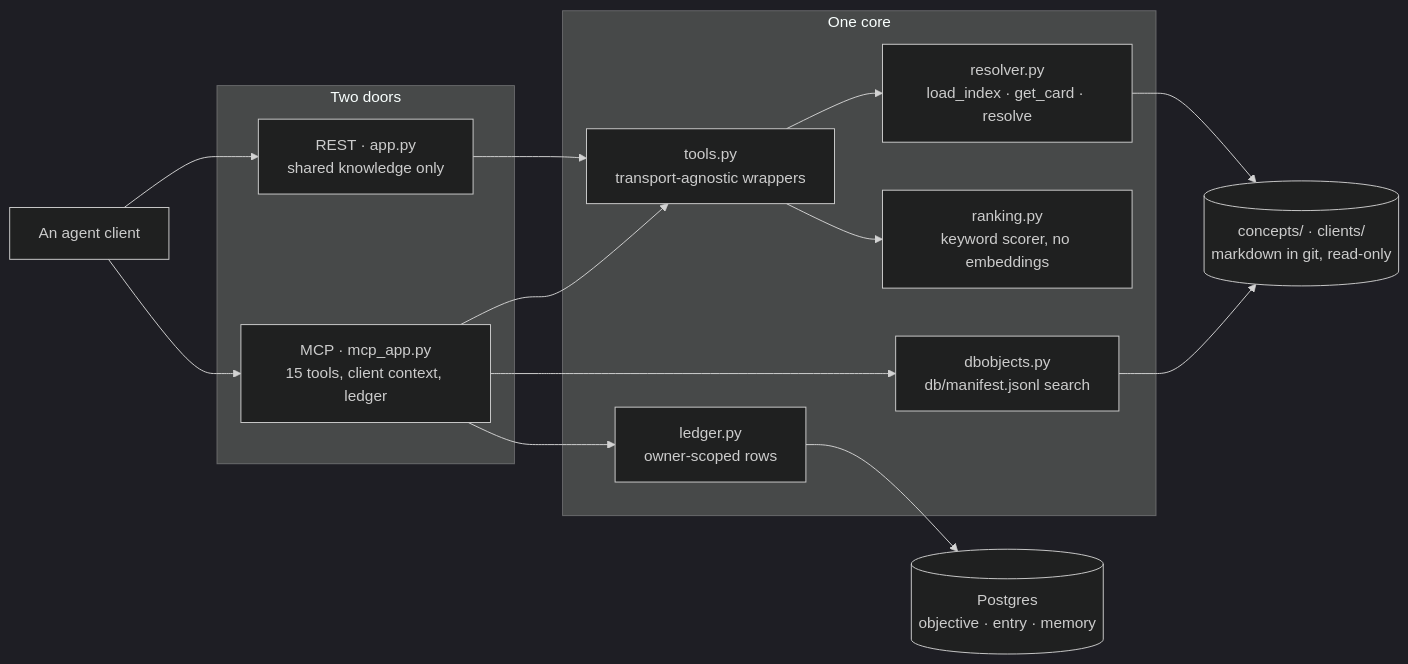
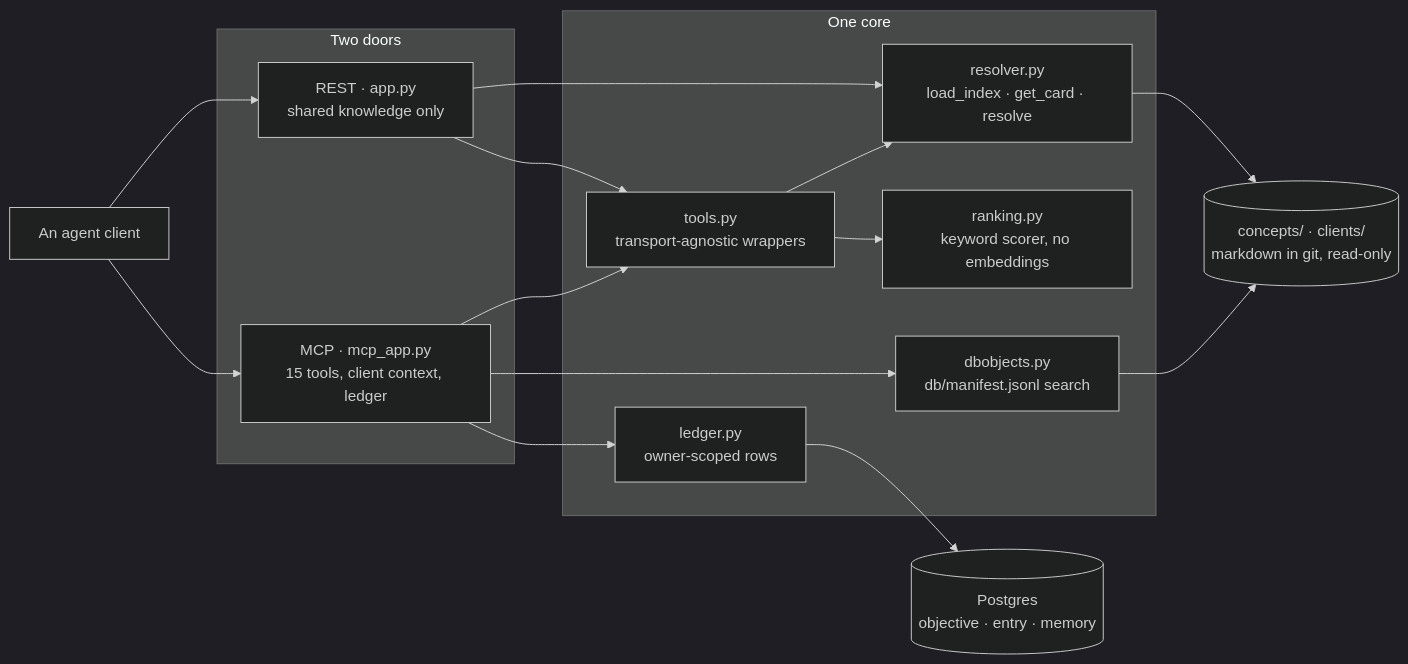
One commit to voyagerforge-dev/hive-intelligence changed the second of 3 diagrams in docs/concepts/architecture.md. Above: the diagram before and after it, drawn with Mermaid (dark theme). The commit also changed other lines of this file, not shown here.

Commit message:
no-mistakes(review): docs: correct serve write claim and add REST resolver edge

````diff
--- a/docs/concepts/architecture.md
+++ b/docs/concepts/architecture.md
@@ -74,32 +74,33 @@
 ```mermaid
 flowchart LR
     agent["An agent client"]
 
     subgraph doors["Two doors"]
         rest["REST · app.py<br/>shared knowledge only"]
         mcp["MCP · mcp_app.py<br/>15 tools, client context, ledger"]
     end
 
     subgraph core["One core"]
         tools["tools.py<br/>transport-agnostic wrappers"]
         resolver["resolver.py<br/>load_index · get_card · resolve"]
         ranking["ranking.py<br/>keyword scorer, no embeddings"]
         dbo["dbobjects.py<br/>db/manifest.jsonl search"]
         ledgerm["ledger.py<br/>owner-scoped rows"]
     end
 
     cards[("concepts/ · clients/<br/>markdown in git, read-only")]
     db[("Postgres<br/>objective · entry · memory")]
 
     agent --> rest
     agent --> mcp
     rest --> tools
+    rest --> resolver
     mcp --> tools
     mcp --> dbo
     mcp --> ledgerm
     tools --> resolver
     tools --> ranking
     resolver --> cards
     dbo --> cards
     ledgerm --> db
 ```
````
